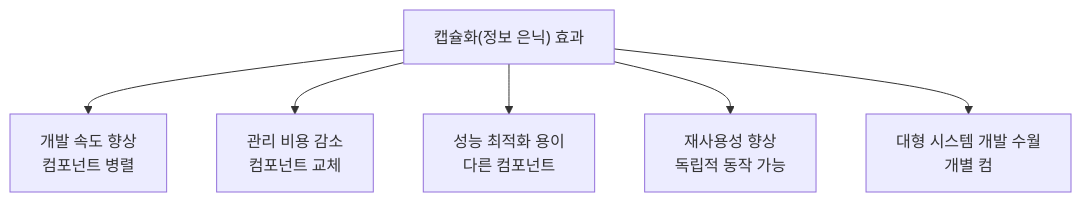
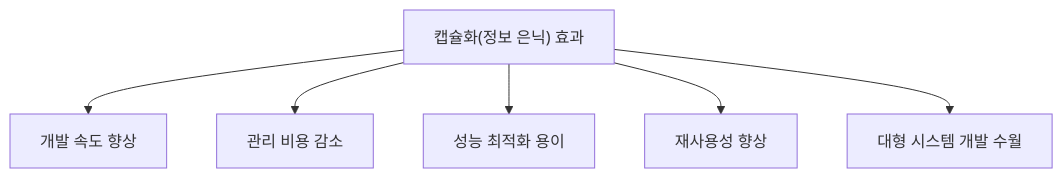
Before and after one commit to yjkim2015/yjkim2015.github.io: the first of 4 diagrams in _posts/java/2021-12-29-effective-java15.md, drawn with Mermaid. The commit also changed other lines of this file and 217 other files, not shown here.

First line of the commit message:
Mermaid 크기 수정: useMaxWidth:true + SVG max-width:100% + 라벨 축소

````diff
--- a/_posts/java/2021-12-29-effective-java15.md
+++ b/_posts/java/2021-12-29-effective-java15.md
@@ -20,8 +20,8 @@
 ```mermaid
 graph TD
-    A["캡슐화(정보 은닉) 효과"] --> B["개발 속도 향상\n컴포넌트 병렬"]
-    A --> C["관리 비용 감소\n컴포넌트 교체"]
-    A --> D["성능 최적화 용이\n다른 컴포넌트"]
-    A --> E["재사용성 향상\n독립적 동작 가능"]
-    A --> F["대형 시스템 개발 수월\n개별 컴"]
+    A["캡슐화(정보 은닉) 효과"] --> B["개발 속도 향상"]
+    A --> C["관리 비용 감소"]
+    A --> D["성능 최적화 용이"]
+    A --> E["재사용성 향상"]
+    A --> F["대형 시스템 개발 수월"]
 ```
````
